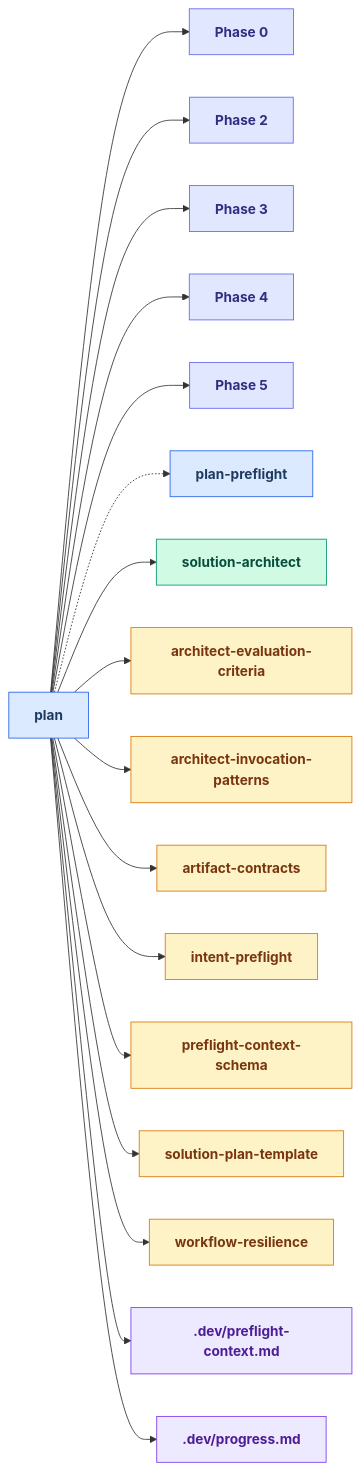
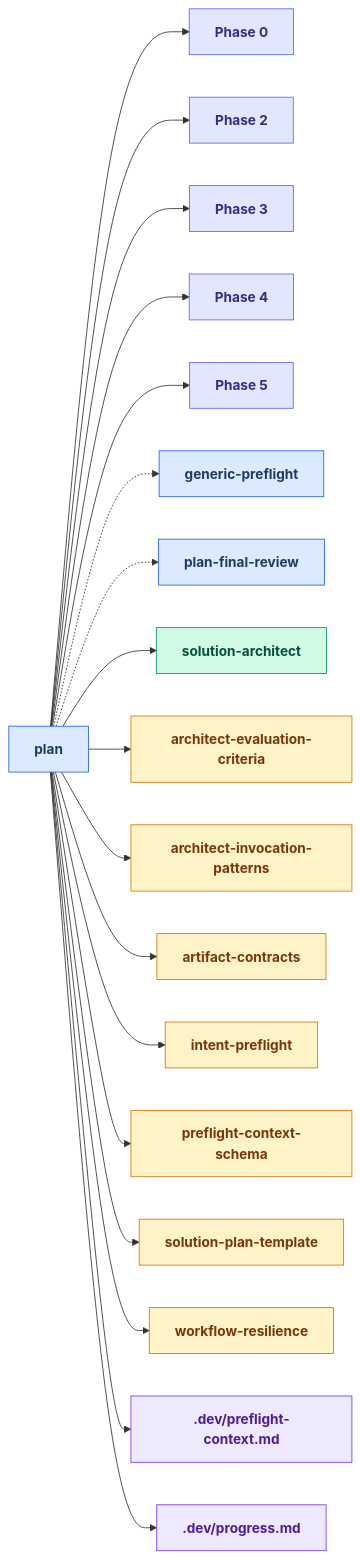
Before and after one commit to russell-laing/al-dev-shared: the sixth of 24 diagrams in docs/skills_map.md, drawn with Mermaid. The commit also changed other lines of this file, not shown here.

First line of the commit message:
📝 docs(skills-map): sync Layer 2 drilldowns with current skill set

````diff
--- a/docs/skills_map.md
+++ b/docs/skills_map.md
@@ -324,61 +318,64 @@
 ```mermaid
 flowchart LR
     classDef skillNode fill:#dbeafe,stroke:#2563eb,color:#1e3a5f,font-weight:bold
     classDef agentNode fill:#d1fae5,stroke:#059669,color:#064e3b,font-weight:bold
     classDef knowledgeNode fill:#fef3c7,stroke:#d97706,color:#78350f,font-weight:bold
     classDef artifactNode fill:#ede9fe,stroke:#7c3aed,color:#4c1d95,font-weight:bold
     classDef phaseNode fill:#e0e7ff,stroke:#6366f1,color:#312e81,font-weight:bold
 
     skill_plan[plan]
     Phase0["Phase 0"]
     Phase2["Phase 2"]
     Phase3["Phase 3"]
     Phase4["Phase 4"]
     Phase5["Phase 5"]
-    skill_plan_preflight[plan-preflight]
+    skill_generic_preflight[generic-preflight]
+    skill_plan_final_review[plan-final-review]
     agent_solution_architect[solution-architect]
     knowledge_architect_evaluation_criteria_md[architect-evaluation-criteria]
     knowledge_architect_invocation_patterns_md[architect-invocation-patterns]
     knowledge_artifact_contracts_md[artifact-contracts]
     knowledge_intent_preflight_md[intent-preflight]
     knowledge_preflight_context_schema_md[preflight-context-schema]
     knowledge_solution_plan_template_md[solution-plan-template]
     knowledge_workflow_resilience_md[workflow-resilience]
     artifact_preflight_context_md[.dev/preflight-context.md]
     artifact_progress_md[.dev/progress.md]
 
     skill_plan --> Phase0
     skill_plan --> Phase2
     skill_plan --> Phase3
     skill_plan --> Phase4
     skill_plan --> Phase5
-    skill_plan -.-> skill_plan_preflight
+    skill_plan -.-> skill_generic_preflight
+    skill_plan -.-> skill_plan_final_review
     skill_plan --> agent_solution_architect
     skill_plan --> knowledge_architect_evaluation_criteria_md
     skill_plan --> knowledge_architect_invocation_patterns_md
     skill_plan --> knowledge_artifact_contracts_md
     skill_plan --> knowledge_intent_preflight_md
     skill_plan --> knowledge_preflight_context_schema_md
     skill_plan --> knowledge_solution_plan_template_md
     skill_plan --> knowledge_workflow_resilience_md
     skill_plan --> artifact_preflight_context_md
     skill_plan --> artifact_progress_md
 
     class skill_plan skillNode
     class Phase0 phaseNode
     class Phase2 phaseNode
     class Phase3 phaseNode
     class Phase4 phaseNode
     class Phase5 phaseNode
-    class skill_plan_preflight skillNode
+    class skill_generic_preflight skillNode
+    class skill_plan_final_review skillNode
     class agent_solution_architect agentNode
     class knowledge_architect_evaluation_criteria_md knowledgeNode
     class knowledge_architect_invocation_patterns_md knowledgeNode
     class knowledge_artifact_contracts_md knowledgeNode
     class knowledge_intent_preflight_md knowledgeNode
     class knowledge_preflight_context_schema_md knowledgeNode
     class knowledge_solution_plan_template_md knowledgeNode
     class knowledge_workflow_resilience_md knowledgeNode
     class artifact_preflight_context_md artifactNode
     class artifact_progress_md artifactNode
 ```
````
